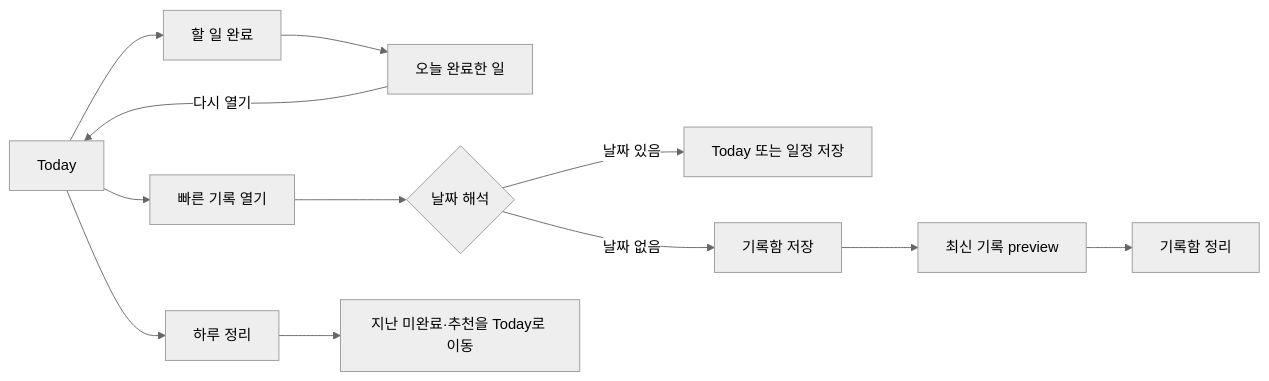
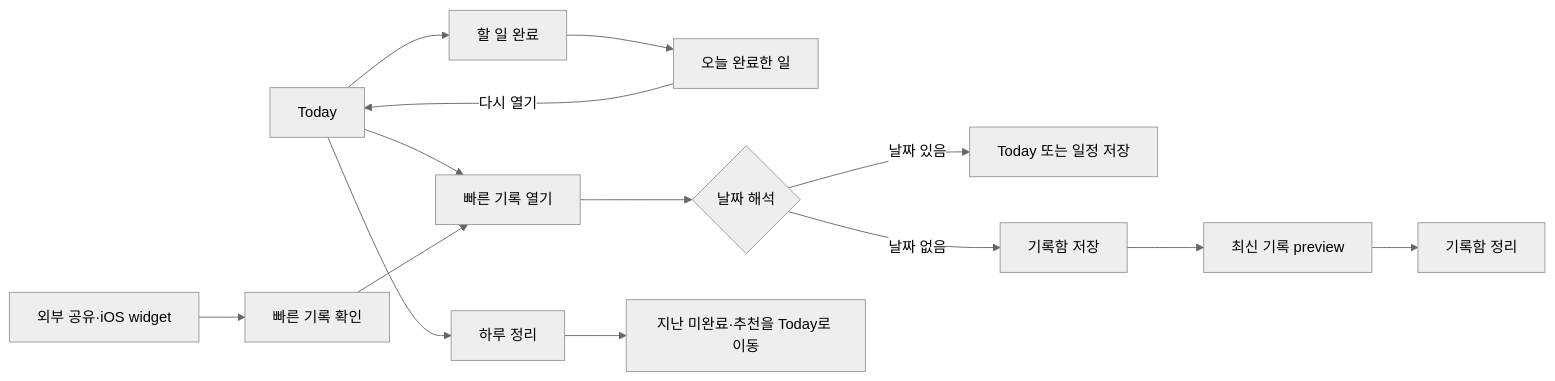
One commit to dooit-project/dooit-mobile changed the second of 8 diagrams in docs/product/USER_FLOW_CATALOG.md. Above: the diagram before and after it, drawn with Mermaid (neutral theme). The commit also changed other lines of this file and 20 other files, not shown here.

````diff
--- a/docs/product/USER_FLOW_CATALOG.md
+++ b/docs/product/USER_FLOW_CATALOG.md
@@ -55,14 +55,16 @@
 ```mermaid
 flowchart LR
   A[Today] --> B[할 일 완료]
   B --> C[오늘 완료한 일]
   C -->|다시 열기| A
   A --> D[빠른 기록 열기]
   D --> E{날짜 해석}
   E -->|날짜 있음| F[Today 또는 일정 저장]
   E -->|날짜 없음| G[기록함 저장]
   G --> H[최신 기록 preview]
   H --> I[기록함 정리]
   A --> J[하루 정리]
   J --> K[지난 미완료·추천을 Today로 이동]
+  L[외부 공유·iOS widget] --> M[빠른 기록 확인]
+  M --> D
 ```
````
